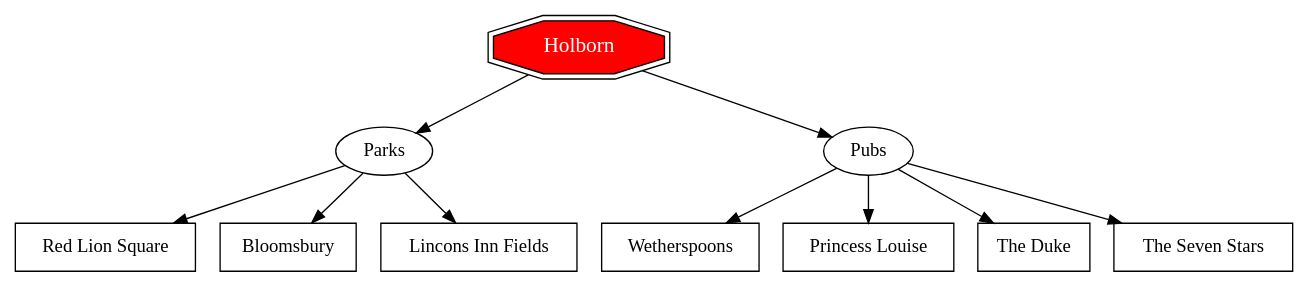
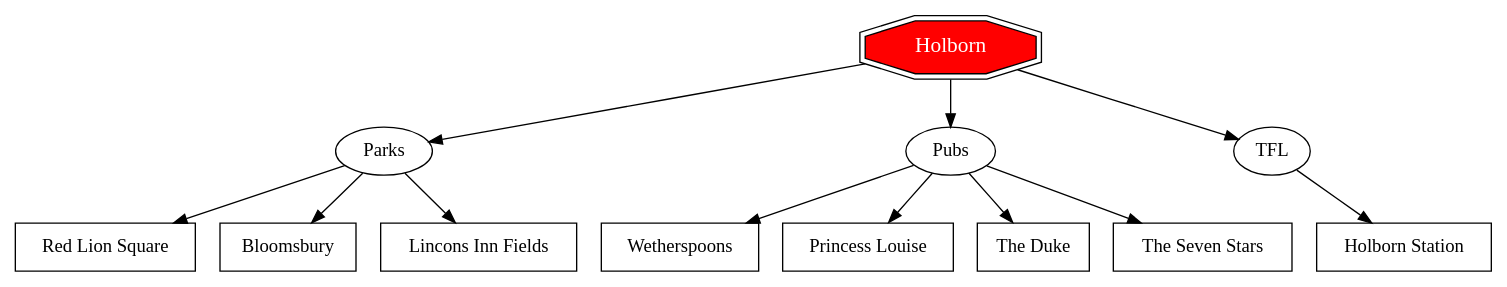
One commit to Theo1234-5/Taj-InternetFutures changed the diagram in webproject/holborn.dot. Above: the diagram before and after it, drawn with Graphviz.

Commit message:
modified:   webproject/holborn.dot

```diff
--- a/webproject/holborn.dot
+++ b/webproject/holborn.dot
@@ -1,38 +1,43 @@
 digraph Places {
 // STEP 1: Set direction
 rankdir=TB;
 // STEP 2: Force main place to top
 { rank=source; "Main Place Name"; }
 // STEP 3: Define the main place
 "Main Place Name" [
 label="Holborn"
 shape=doubleoctagon
 style=filled
 fillcolor="#ff0000"
 fontcolor="#FFFFFF"
 fontsize=16
 ]
 // STEP 4: Define categories (same level)
 { rank=same; Category1; Category2; }
 Category1 [label="Parks", shape=oval]
 Category2 [label="Pubs", shape=oval]
+Category3 [label="TFL", shape=oval]
 
 // STEP 5: Define specific places (they auto-arrange below)
-Place1 [label="Red Lion Square", shape=rectangle]
-Place2 [label="Wetherspoons", shape=rectangle]
-Place3 [label="Bloomsbury", shape=rectangle]
-Place4 [label="Lincons Inn Fields", shape=rectangle]
-Place5 [label="Princess Louise", shape=rectangle]
-Place6 [label="The Duke", shape=rectangle]
-Place7 [label="The Seven Stars", shape=rectangle]
+RedLionSquare[label="Red Lion Square", shape=rectangle]
+Wetherspons[label="Wetherspoons", shape=rectangle]
+Bloomsbury[label="Bloomsbury", shape=rectangle]
+LinconsInnFields[label="Lincons Inn Fields", shape=rectangle]
+PrincessLouise[label="Princess Louise", shape=rectangle]
+TheDuke[label="The Duke", shape=rectangle]
+TheSevenStars[label="The Seven Stars", shape=rectangle]
+HolbornStation[label="Holborn Station", shape=rectangle]
+
 // STEP 6: Create connections (top to bottom)
 "Main Place Name" -> Category1
 "Main Place Name" -> Category2
-Category1 -> Place1
-Category2 -> Place2
-Category1 -> Place3
-Category1 -> Place4
-Category2 -> Place5
-Category2 -> Place6
-Category2 -> Place7
+"Main Place Name" -> Category3 
+Category1 -> RedLionSquare
+Category2 -> Wetherspons
+Category1 -> Bloomsbury
+Category1 -> LinconsInnFields
+Category2 -> PrincessLouise
+Category2 -> TheDuke
+Category2 -> TheSevenStars
+Category3 -> HolbornStation 
 }
```
